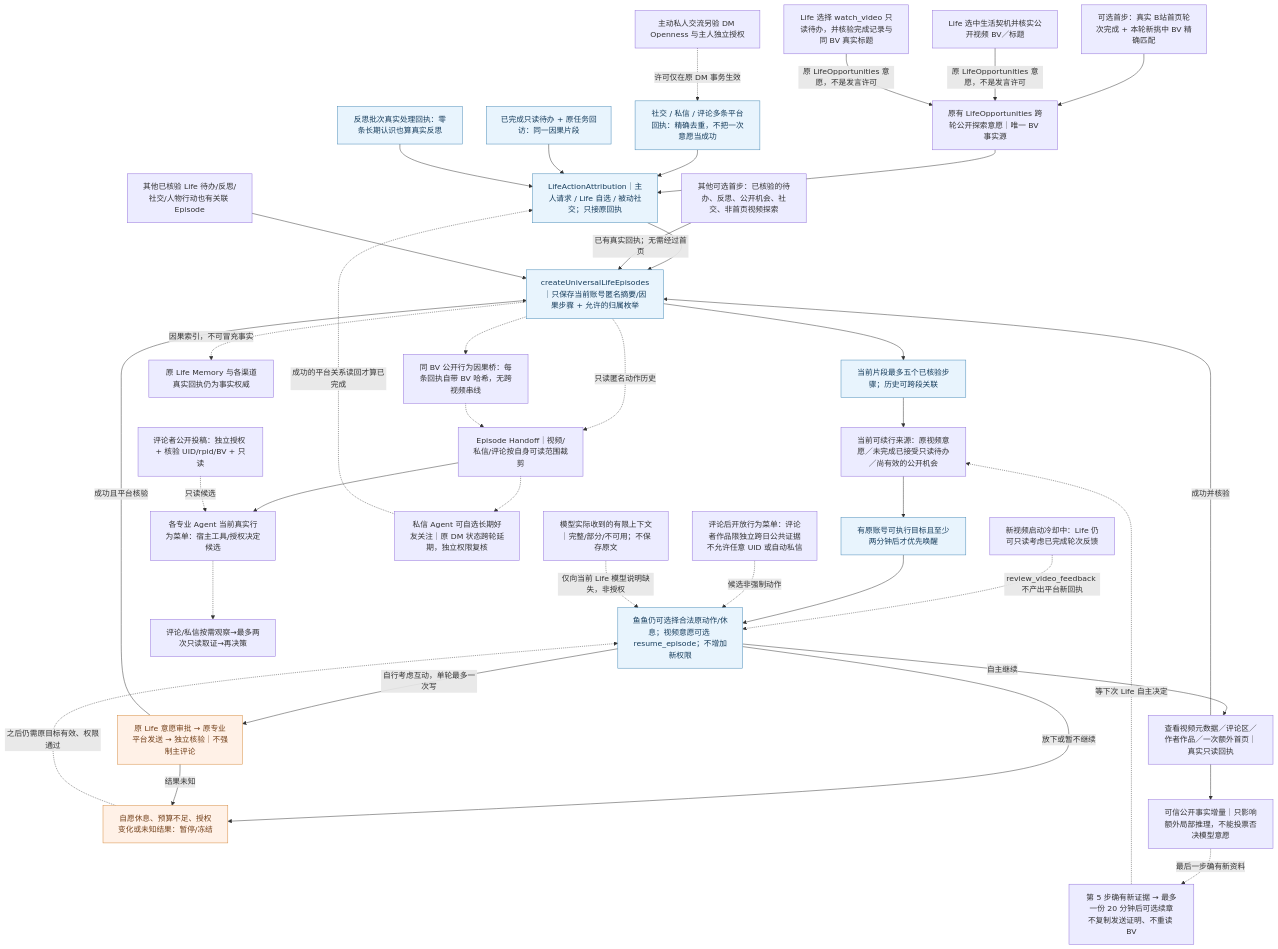
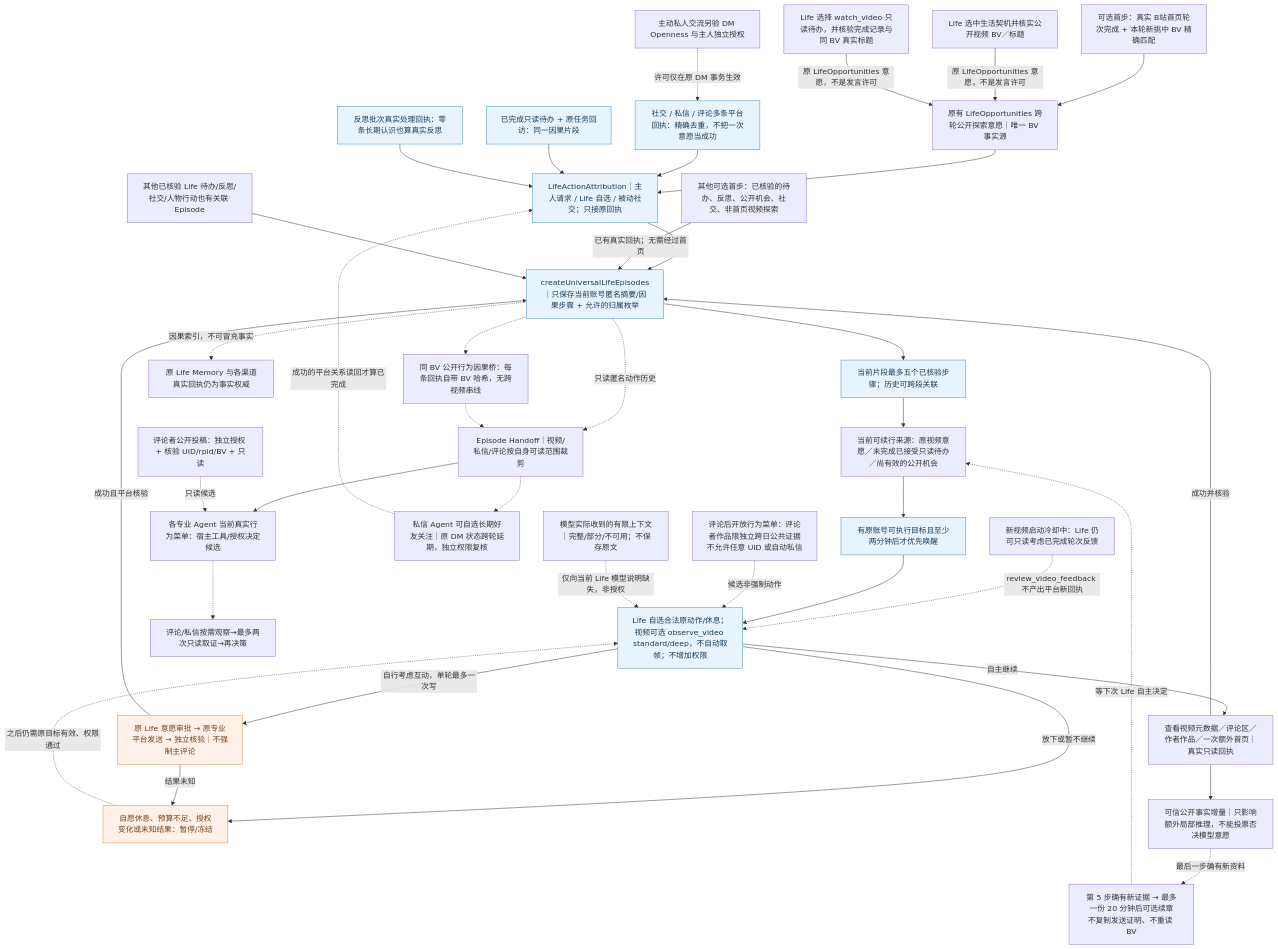
The diagram in docs/architecture/diagrams/life-universal-episodes-current.mmd (minedalang/dsh-dafeiyu-life), drawn with Mermaid before and after one commit. The commit also changed 16 other files, not shown here.

First line of the commit message:
fix(life): dev.2 取消自动初看并收敛视觉提示词

```diff
--- a/docs/architecture/diagrams/life-universal-episodes-current.mmd
+++ b/docs/architecture/diagrams/life-universal-episodes-current.mmd
@@ -1,117 +1,118 @@
+%% 2.8.2-dev.2：选中 BV 仅核实元数据；取帧必须由 Life 续行明确选择 observe_video 和深度，受原账号/视觉/证据门禁约束。
 %% dev.12：重复读取抑制额外模型唤醒，五步上限只保存一次未来自愿续章
 %% dev.10：视频 Episode 已选择的写操作与社交共用 FIFO 资格；不重复意愿模型。
 %% dev.74：评论区的自然熟悉度不形成主动私信资格，Episode 不赋予新权限。
 %% dev.73：普通自主 Life 最短间隔不再由 2 分钟经验/片段续接绕过；真实入站社交独立快唤醒。
 %% 管理页只读并列展示线索、契机与待办；Life 已批准不等于平台送达，待回执不能标为中断。
 %% dev.37 统一归属 + dev.36 Universal Episode：有意义的自主动作共享因果归属，不改变原平台授权
 flowchart TB
   child["可选首步：真实 B站首页轮次完成 + 本轮新挑中 BV 精确匹配"]
   firstOther["其他可选首步：已核验的待办、反思、公开机会、社交、非首页视频探索"]
   eligible["当前可续行来源：原视频意愿／未完成已接受只读待办／尚有效的公开机会"]
   canonical["原有 LifeOpportunities 跨轮公开探索意愿｜唯一 BV 事实源"]
   attribution["LifeActionAttribution｜主人请求 / Life 自选 / 被动社交；只接原回执"]
   socialReceipt["社交 / 私信 / 评论多条平台回执：精确去重，不把一次意愿当成功"]
   socialContact["主动私人交流另验 DM Openness 与主人独立授权"]
   todoReceipt["已完成只读待办 + 原任务回访：同一因果片段"]
   reflectionReceipt["反思批次真实处理回执：零条长期认识也算真实反思"]
   videoFeedback["新视频启动冷却中：Life 仍可只读考虑已完成轮次反馈"]
   record["createUniversalLifeEpisodes｜只保存当前账号匿名摘要/因果步骤 + 允许的归属枚举"]
   context["当前片段最多五个已核验步骤；历史可跨段关联"]
   due["有原账号可执行目标且至少两分钟后才优先唤醒"]
-  menu["鱼鱼仍可选择合法原动作/休息；视频意愿可选 resume_episode；不增加新权限"]
+  menu["Life 自选合法原动作/休息；视频可选 observe_video standard/deep，不自动取帧；不增加权限"]
   read["查看视频元数据／评论区／作者作品／一次额外首页｜真实只读回执"]
   write["原 Life 意愿审批 → 原专业平台发送 → 独立核验｜不强制主评论"]
   pause["自愿休息、预算不足、授权变化或未知结果：暂停/冻结"]
   other["其他已核验 Life 待办/反思/社交/人物行动也有关联 Episode"]
   memory["原 Life Memory 与各渠道真实回执仍为事实权威"]
   child --> canonical --> attribution --> record
   socialContact -.->|许可仅在原 DM 事务生效| socialReceipt
   socialReceipt --> attribution
   todoReceipt --> attribution
   reflectionReceipt --> attribution
   firstOther -->|已有真实回执；无需经过首页| record
   opportunityEntry["Life 选中生活契机并核实公开视频 BV／标题"]
   todoVideoEntry["Life 选择 watch_video 只读待办，并核验完成记录与同 BV 真实标题"]
   opportunityEntry -->|原 LifeOpportunities 意愿，不是发言许可| canonical
   todoVideoEntry -->|原 LifeOpportunities 意愿，不是发言许可| canonical
   videoFeedback -.->|review_video_feedback 不产出平台新回执| menu
   record --> context --> eligible --> due --> menu
   menu -->|自主继续| read -->|成功并核验| record
   menu -->|自行考虑互动，单轮最多一次写| write -->|成功且平台核验| record
   menu -->|放下或暂不继续| pause
   write -->|结果未知| pause
   other --> record
   record -.->|因果索引，不可冒充事实| memory
   pause -.->|之后仍需原目标有效、权限通过| menu
   classDef safe fill:#e8f4fd,stroke:#4689b6,color:#173d5c
   classDef caveat fill:#fff1e7,stroke:#d68a3c,color:#74421c
   class record,context,menu,due,attribution,socialReceipt,todoReceipt,reflectionReceipt safe
   class pause,write caveat
 
 %% @code child | index.js | const episode=lifeOpportunities.beginHomeExploration
 %% @code canonical | lib/life-opportunities.mjs | const continuations=
 %% @code firstOther | lib/autonomous-planner.mjs | const good=new Map([
 %% @code eligible | lib/life-episode-entrypoints.mjs | export function eligibleLifeEpisodeSources
 %% @code record | lib/life-universal-episodes.mjs | export function createUniversalLifeEpisodes
 %% @code context | lib/life-universal-episodes.mjs | const view=e=>
 %% @code due | lib/life-universal-episodes.mjs | const due=(
 %% @code menu | lib/autonomous-planner.mjs | action:'resume_episode'
 %% @code read | lib/autonomous-planner.mjs | const continueLifeRead=async
 %% @code write | lib/life-video-action-bridge.mjs | createLifeVideoActionBridge
 %% @code pause | lib/life-universal-episodes.mjs | const pauseLatest=(
 %% @code other | index.js | onEpisodeAction:proof=>universalLifeEpisodes.record(proof)
 %% @code memory | lib/life-memory-coordinator.mjs | createLifeMemoryCoordinator
 
 %% @code attribution | lib/life-action-attribution.mjs | export function createLifeActionAttribution
 %% @code socialReceipt | lib/life-willingness.mjs | const exact=typeof receiptId
 %% @code todoReceipt | index.js | sourceRef:'todo:'+original.id
 %% @code reflectionReceipt | lib/life-reflection.mjs | result.receiptId=receiptId
 
 %% @code videoFeedback | lib/autonomous-planner.mjs | action:'review_video_feedback'
 
 %% dev.38 专业 Agent 局部决策复用同账号匿名因果摘要；Episode 没有发送权。
 subagentHandoff["Episode Handoff｜视频/私信/评论按自身可读范围裁剪"]
 subagentFollow["私信 Agent 可自选长期好友关注｜原 DM 状态跨轮延期，独立权限复核"]
 record -.->|只读匿名动作历史| subagentHandoff
 subagentHandoff -.-> subagentFollow
 subagentFollow -.->|成功的平台关系读回才算已完成| attribution
 %% @code subagentHandoff | lib/life-subagent-continuity.mjs | export function lifeSubagentHandoff
 %% @code subagentFollow | lib/dm-autoreply.mjs | pending.status='reserved'
 
 %% dev.40: every verified BV public action is anchored on ITS OWN step, never the whole episode.
 publicStepBridge["同 BV 公开行为因果桥：每条回执自带 BV 哈希，无跨视频串线"]
 professionalMenu["各专业 Agent 当前真实行为菜单：宿主工具/授权决定候选"]
 commentObservation["评论/私信按需观察→最多两次只读取证→再决策"]
 commentPublicPerson["评论者公开投稿：独立授权 + 核验 UID/rpid/BV + 只读"]
 record -.-> publicStepBridge -.-> subagentHandoff
 subagentHandoff --> professionalMenu
 commentPublicPerson -.->|只读候选| professionalMenu
 professionalMenu -.-> commentObservation
 %% @code publicStepBridge | lib/life-universal-episodes.mjs | const publicVideoState=bvid=>
 %% @code professionalMenu | lib/life-subagent-continuity.mjs | export function subagentActionMenu
 %% @code commentObservation | lib/interaction-batch.mjs | for(let pass=0;pass<2;pass++){
 %% @code commentPublicPerson | lib/life-public-capabilities.mjs | export async function readVerifiedCommenterPublicVideos
 
 %% @code socialContact | lib/life-friend-initiatives.mjs | const outboundEnabled=
 
 %% @code opportunityEntry | lib/life-opportunities.mjs | const beginInspectedOpportunity=
 %% @code todoVideoEntry | lib/life-opportunities.mjs | const beginCompletedVideoTodo=
 
 %% dev.12: non-repeating LOCAL consideration and an optional bounded future chapter.
 novelRead["可信公开事实增量｜只影响额外局部推理，不能投票否决模型意愿"]
 optionalChapter["第 5 步确有新证据 → 最多一份 20 分钟后可选续章
 不复制发送证明、不重读 BV"]
 commenterChoice["评论后开放行为菜单：评论者作品限独立跨日公共证据
 不允许任意 UID 或自动私信"]
 read --> novelRead
 novelRead -.->|最后一步确有新资料| optionalChapter
 optionalChapter -.->|等下次 Life 自主决定| eligible
 commenterChoice -.->|候选非强制动作| menu
 %% @code novelRead | lib/life-episode-value.mjs | export function verifiedEpisodeYield
 %% @code optionalChapter | lib/life-opportunities.mjs | const carryNewEvidence=
 %% @code commenterChoice | lib/life-continuation.mjs | inspect_commenter_works
 %% 2.8.2 PR-1A: bounded *prompt-only* context delivery; never a permission,
 %% receipt, memory fact or autonomous decision. The original Life route stays.
 contextDelivery282["模型实际收到的有限上下文｜完整/部分/不可用；不保存原文"]
 contextDelivery282 -.->|仅向当前 Life 模型说明缺失，非授权| menu
 %% @code contextDelivery282 | lib/context-delivery.mjs | export function deliverJsonContext
```
